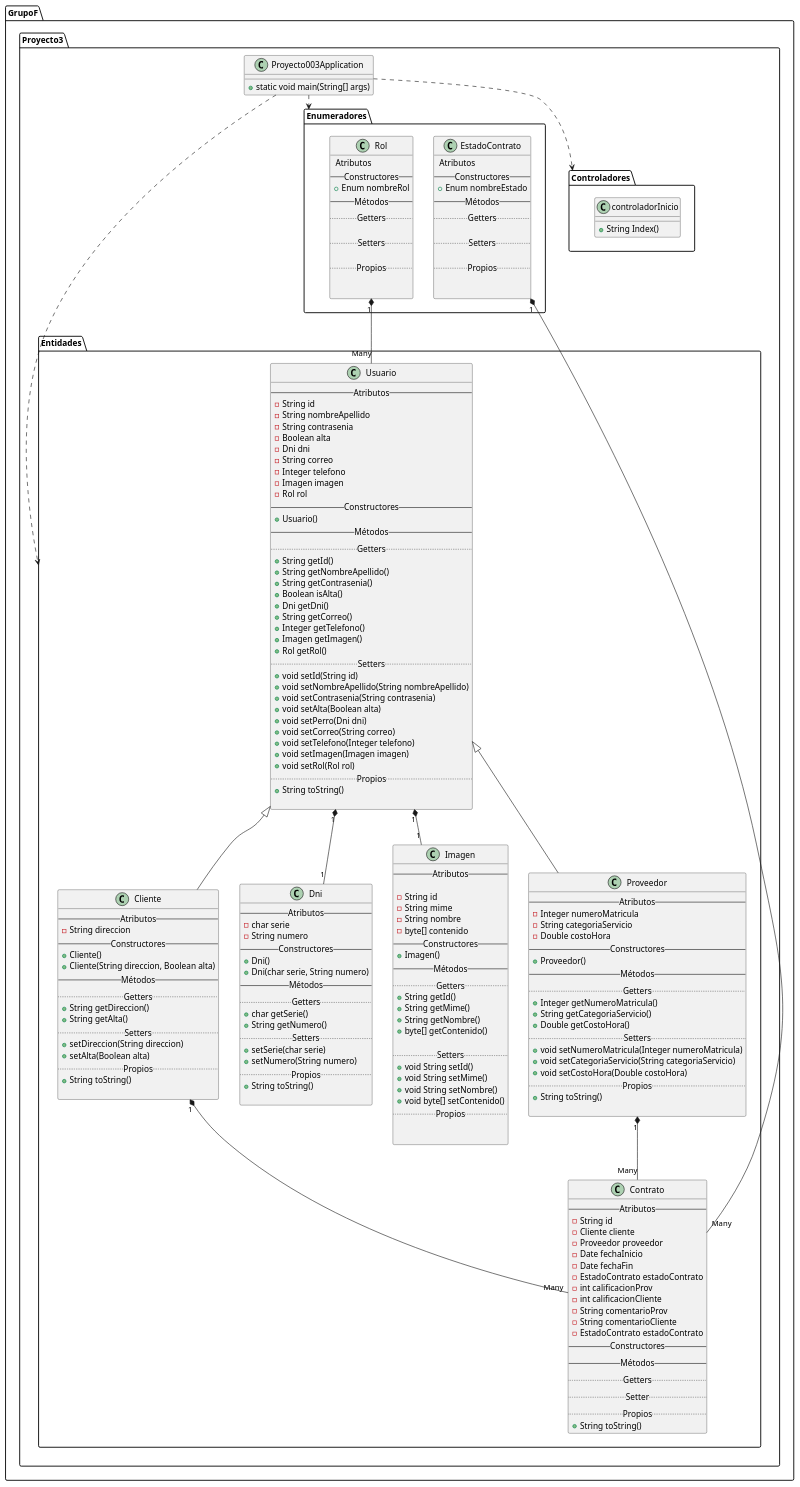
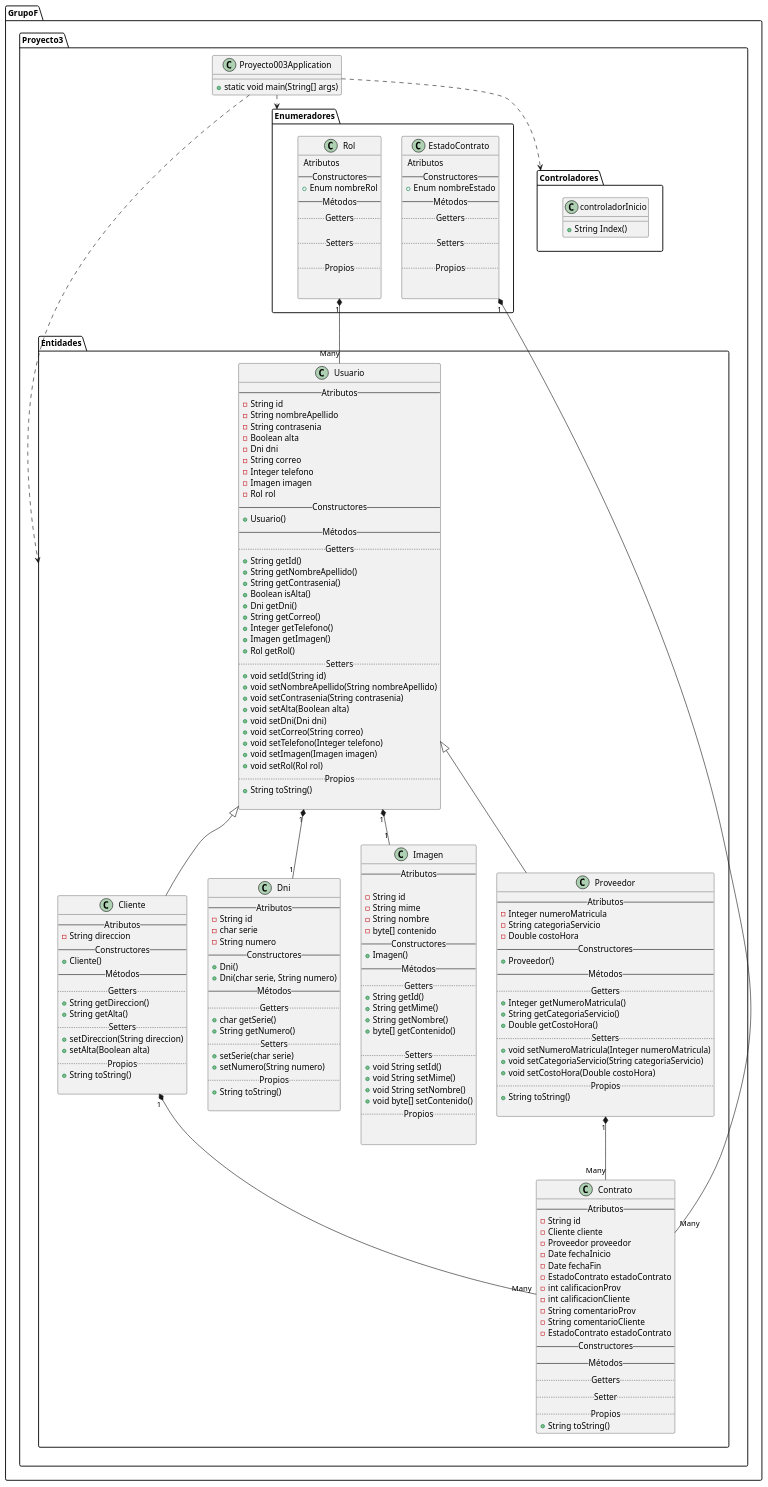
One commit to FullStackEggDRoa/proyecto_003-GF changed the diagram in uml.puml. Above: the diagram before and after it, drawn with PlantUML. The commit also changed 1 other file, not shown here.

```diff
--- a/uml.puml
+++ b/uml.puml
@@ -1,191 +1,191 @@
 @startuml
  
 class GrupoF.Proyecto3.Entidades.Cliente extends GrupoF.Proyecto3.Entidades.Usuario{
     -- Atributos --
     -String direccion
     -- Constructores --
     + Cliente()
-    + Cliente(String direccion, Boolean alta)
     -- Métodos --
     .. Getters ..
     + String getDireccion()
     + String getAlta()
     .. Setters ..
     + setDireccion(String direccion)
     + setAlta(Boolean alta)
     .. Propios ..
     +String toString()
     
 }
 
 
 class GrupoF.Proyecto3.Entidades.Dni{
     -- Atributos --
+    -String id
     -char serie
     - String numero
     -- Constructores --
     + Dni()
     + Dni(char serie, String numero)
     -- Métodos --
     .. Getters ..
     + char getSerie()
     + String getNumero()
     .. Setters ..
     + setSerie(char serie)
     + setNumero(String numero)
     .. Propios ..
     +String toString()
     
 }
 
 class GrupoF.Proyecto3.Entidades.Imagen{
     -- Atributos --
     
     -String id
     -String mime
     -String nombre
     -byte[] contenido   
     -- Constructores --
     + Imagen()    
     -- Métodos --
     .. Getters ..
     + String getId()
     + String getMime()
     + String getNombre()
     + byte[] getContenido()
     
     .. Setters ..
     + void String setId()
     + void String setMime()
     + void String setNombre()
     + void byte[] setContenido()
     .. Propios ..
     
     
 }
 class GrupoF.Proyecto3.Enumeradores.Rol{
     -- Atributos --     
     -- Constructores --
     + Enum nombreRol    
     -- Métodos --
     .. Getters ..
     
     .. Setters ..
     
     .. Propios ..
     
     
 }
 
 class GrupoF.Proyecto3.Enumeradores.EstadoContrato{
     -- Atributos --     
     -- Constructores --
     + Enum nombreEstado    
     -- Métodos --
     .. Getters ..
     
     .. Setters ..
     
     .. Propios ..
     
     
 }
 
 class GrupoF.Proyecto3.Entidades.Contrato {
     -- Atributos --
     - String id
     - Cliente cliente
     - Proveedor proveedor
     - Date fechaInicio
     - Date fechaFin
     - EstadoContrato estadoContrato
     - int calificacionProv
     - int calificacionCliente
     - String comentarioProv
     - String comentarioCliente
     - EstadoContrato estadoContrato
     -- Constructores --
     -- Métodos --
     .. Getters ..
     .. Setter ..
     .. Propios ..
     + String toString()
 }
 
 class GrupoF.Proyecto3.Entidades.Proveedor extends GrupoF.Proyecto3.Entidades.Usuario{
     -- Atributos --
     -Integer numeroMatricula
     -String categoriaServicio
     -Double costoHora
     -- Constructores --
     + Proveedor()    
     -- Métodos --
     .. Getters ..
     + Integer getNumeroMatricula()
     + String getCategoriaServicio()
     + Double getCostoHora()
     .. Setters ..
     + void setNumeroMatricula(Integer numeroMatricula)
     + void setCategoriaServicio(String categoriaServicio)
     + void setCostoHora(Double costoHora)
     .. Propios ..
     + String toString()
     
 }
 
 GrupoF.Proyecto3.Entidades.Usuario "1" *-- "1" GrupoF.Proyecto3.Entidades.Dni
 GrupoF.Proyecto3.Enumeradores.Rol "1" *-- "Many" GrupoF.Proyecto3.Entidades.Usuario
 GrupoF.Proyecto3.Enumeradores.EstadoContrato "1" *-- "Many" GrupoF.Proyecto3.Entidades.Contrato
 GrupoF.Proyecto3.Entidades.Usuario "1" *-- "1" GrupoF.Proyecto3.Entidades.Imagen
 GrupoF.Proyecto3.Entidades.Cliente "1" *-- "Many" GrupoF.Proyecto3.Entidades.Contrato
 GrupoF.Proyecto3.Entidades.Proveedor "1" *-- "Many" GrupoF.Proyecto3.Entidades.Contrato
 
 class GrupoF.Proyecto3.Entidades.Usuario{
     -- Atributos --
     -String id
     -String nombreApellido
     -String contrasenia
     -Boolean alta
     -Dni dni
     -String correo
     -Integer telefono
     -Imagen imagen
     -Rol rol
     -- Constructores --
     +Usuario()        
     -- Métodos --
     .. Getters ..
     +String getId()
     +String getNombreApellido()
     +String getContrasenia()
     +Boolean isAlta()
     +Dni getDni()
     +String getCorreo()
     +Integer getTelefono()
     +Imagen getImagen()
     +Rol getRol()
     .. Setters ..
     +void setId(String id)
     +void setNombreApellido(String nombreApellido)
     +void setContrasenia(String contrasenia)
     +void setAlta(Boolean alta)
-    +void setPerro(Dni dni)
+    +void setDni(Dni dni)
     +void setCorreo(String correo)
     +void setTelefono(Integer telefono)
     +void setImagen(Imagen imagen)
     +void setRol(Rol rol)
     .. Propios ..
     +String toString()
 
 }
 class GrupoF.Proyecto3.Proyecto003Application{
     +static void main(String[] args)
 }
 class GrupoF.Proyecto3.Controladores.controladorInicio{
     +String Index()
 }
 
 GrupoF.Proyecto3.Proyecto003Application ..> GrupoF.Proyecto3.Entidades
 GrupoF.Proyecto3.Proyecto003Application ..> GrupoF.Proyecto3.Controladores
 GrupoF.Proyecto3.Proyecto003Application ..> GrupoF.Proyecto3.Enumeradores
 @enduml 
```
